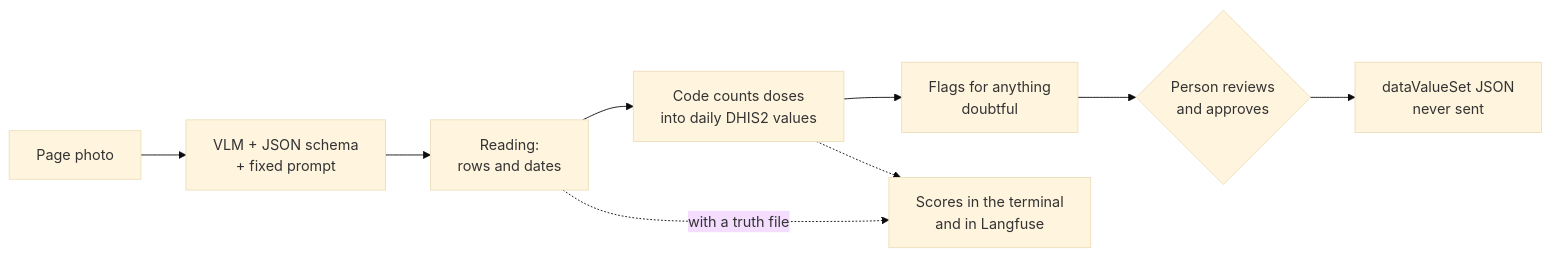
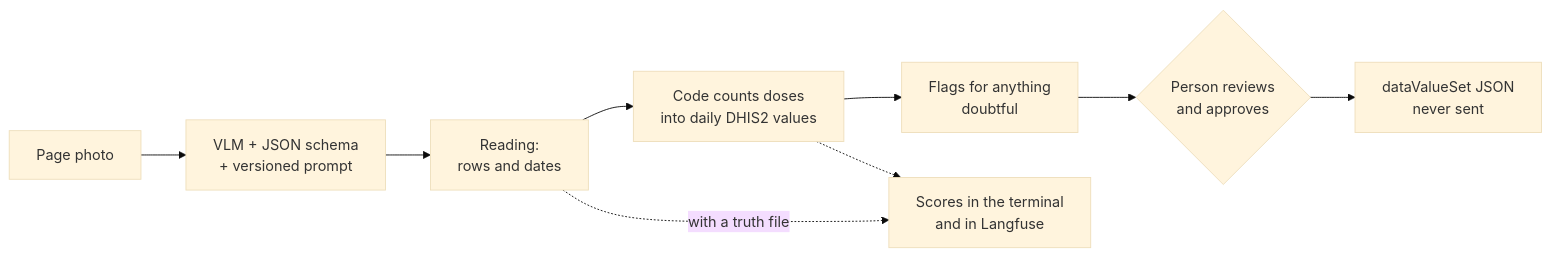
One commit to tibendadavis/handwritten-forms-vlm-bench changed the diagram in README.md. Above: the diagram before and after it, drawn with Mermaid (base theme). The commit also changed other lines of this file and 12 other files, not shown here.

````diff
--- a/README.md
+++ b/README.md
@@ -11,11 +11,11 @@
 ```mermaid
 flowchart LR
-    A[Page photo] --> B[VLM + JSON schema<br/>+ fixed prompt]
+    A[Page photo] --> B[VLM + JSON schema<br/>+ versioned prompt]
     B --> C[Reading:<br/>rows and dates]
     C --> D[Code counts doses<br/>into daily DHIS2 values]
     D --> E[Flags for anything<br/>doubtful]
     E --> F{Person reviews<br/>and approves}
     F --> G[dataValueSet JSON<br/>never sent]
     C -.with a truth file.-> S[Scores in the terminal<br/>and in Langfuse]
     D -.-> S
 ```
````
